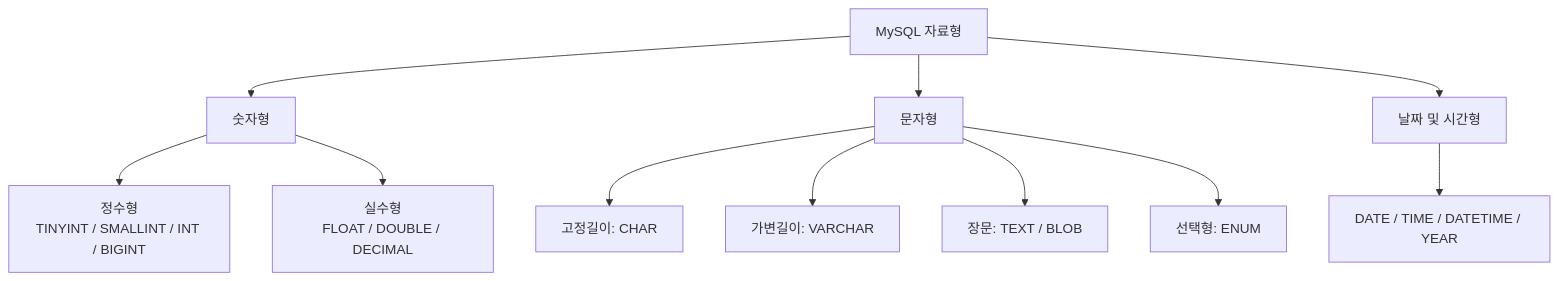
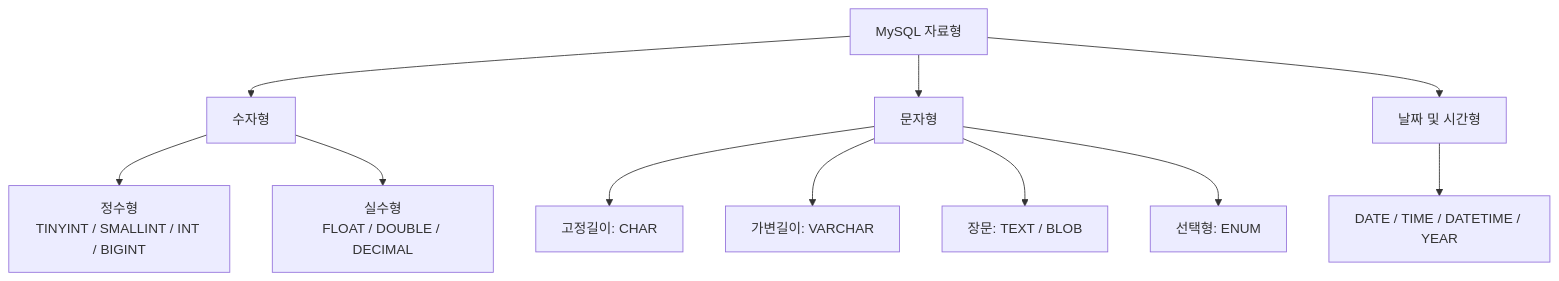
One commit to sbaek100/sbaek100.github.io changed the first of 10 diagrams in _posts/2026-03-04-database-4-1.md. Above: the diagram before and after it, drawn with Mermaid. The commit also changed other lines of this file, not shown here.

````diff
--- a/_posts/2026-03-04-database-4-1.md
+++ b/_posts/2026-03-04-database-4-1.md
@@ -48,13 +48,13 @@
 ```mermaid
 graph TD
-    A[MySQL 자료형] --> B[숫자형]
+    A[MySQL 자료형] --> B[수자형]
     A --> C[문자형]
     A --> D[날짜 및 시간형]
-    B --> B1["정수형<br>TINYINT / SMALLINT / INT / BIGINT"]
-    B --> B2["실수형<br>FLOAT / DOUBLE / DECIMAL"]
+    B --> B1["정수형<br/>TINYINT / SMALLINT / INT / BIGINT"]
+    B --> B2["실수형<br/>FLOAT / DOUBLE / DECIMAL"]
     C --> C1["고정길이: CHAR"]
     C --> C2["가변길이: VARCHAR"]
     C --> C3["장문: TEXT / BLOB"]
     C --> C4["선택형: ENUM"]
     D --> D1["DATE / TIME / DATETIME / YEAR"]
 ```
````
